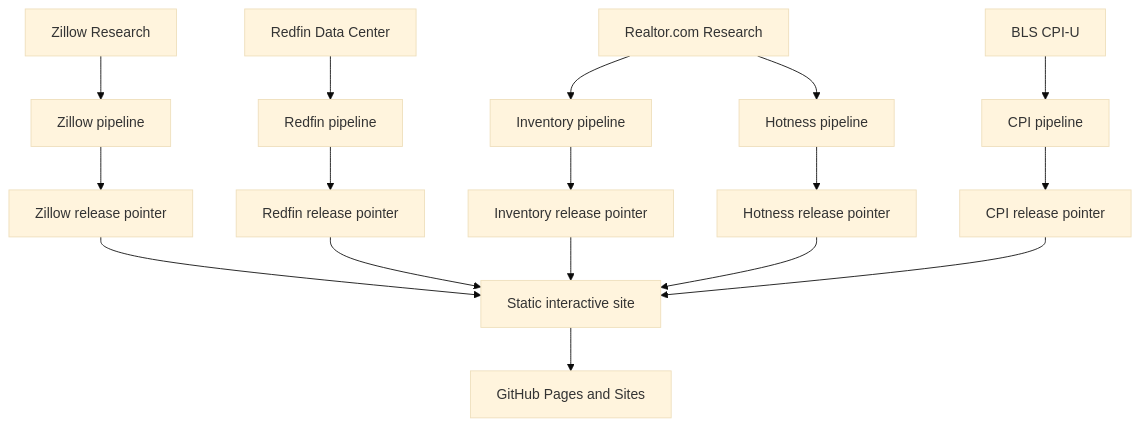
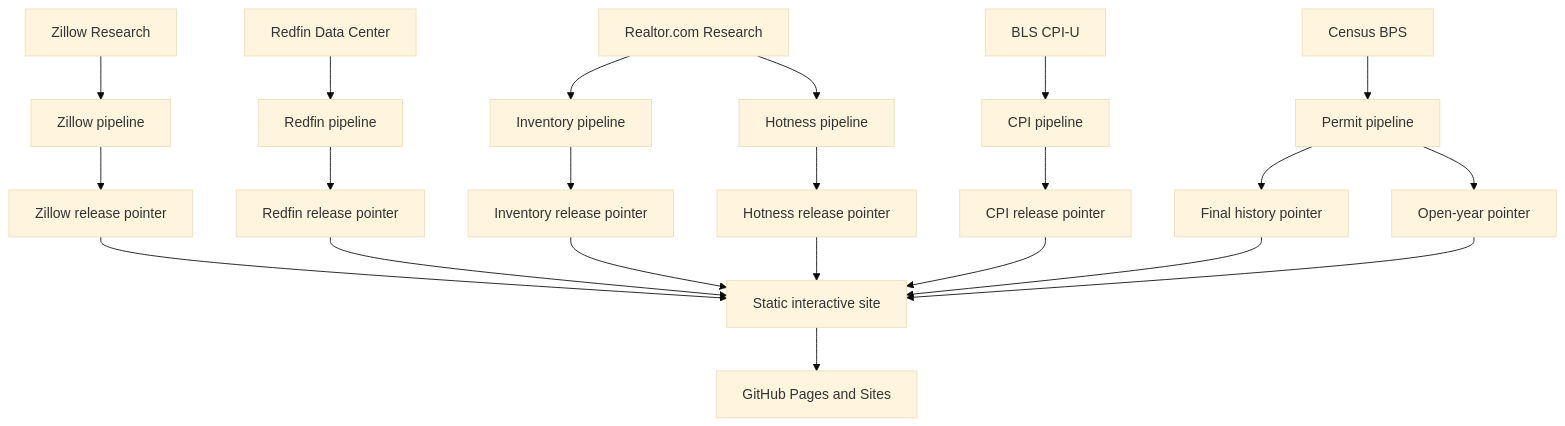
Before and after one commit to desenlin/housing-market-lab: the diagram in README.md, drawn with Mermaid (base theme). The commit also changed other lines of this file and 19 other files, not shown here.

````diff
--- a/README.md
+++ b/README.md
@@ -44,19 +46,24 @@
 ```mermaid
 flowchart TD
   A[Zillow Research] --> C[Zillow pipeline]
   B[Redfin Data Center] --> D[Redfin pipeline]
   L[Realtor.com Research] --> M[Inventory pipeline]
   L --> N[Hotness pipeline]
   I[BLS CPI-U] --> J[CPI pipeline]
+  Q[Census BPS] --> R[Permit pipeline]
   C --> E[Zillow release pointer]
   D --> F[Redfin release pointer]
   M --> O[Inventory release pointer]
   N --> P[Hotness release pointer]
   J --> K[CPI release pointer]
+  R --> S[Final history pointer]
+  R --> T[Open-year pointer]
   E --> G[Static interactive site]
   F --> G
   O --> G
   P --> G
   K --> G
+  S --> G
+  T --> G
   G --> H[GitHub Pages and Sites]
 ```
````
